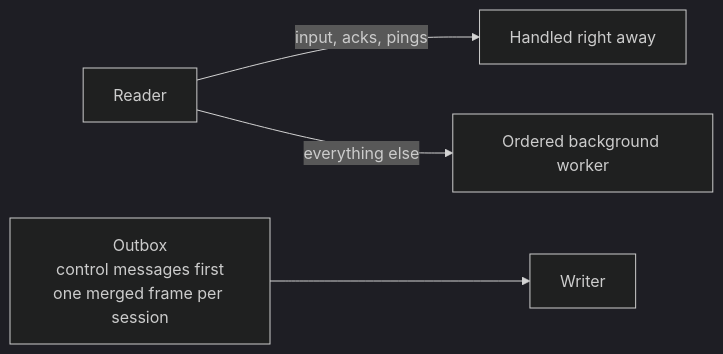
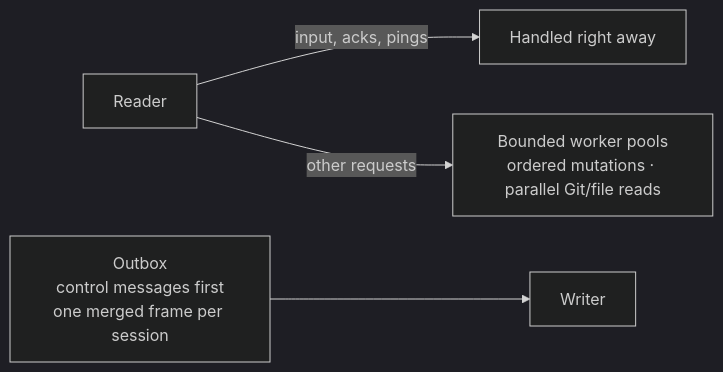
The fifth of 5 diagrams in docs/tech/architecture.md (teomurgi/murvix), drawn with Mermaid (dark theme) before and after one commit. The commit also changed other lines of this file and 43 other files, not shown here.

````diff
--- a/docs/tech/architecture.md
+++ b/docs/tech/architecture.md
@@ -107,6 +113,6 @@
 ```mermaid
 flowchart LR
     READ["Reader"] -->|"input, acks, pings"| FAST["Handled right away"]
-    READ -->|"everything else"| WORKER["Ordered background worker"]
+    READ -->|"other requests"| WORKER["Bounded worker pools<br/>ordered mutations · parallel Git/file reads"]
     OUTBOX["Outbox<br/>control messages first<br/>one merged frame per session"] --> WRITE["Writer"]
 ```
````
